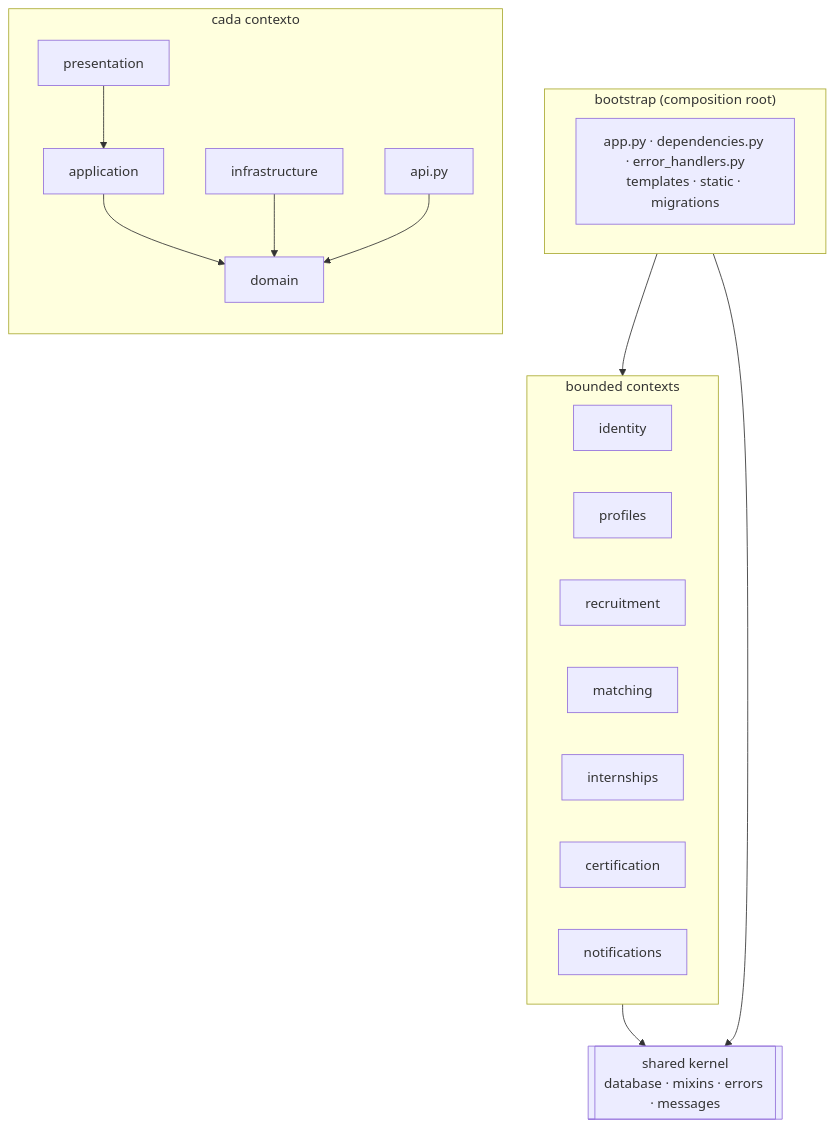
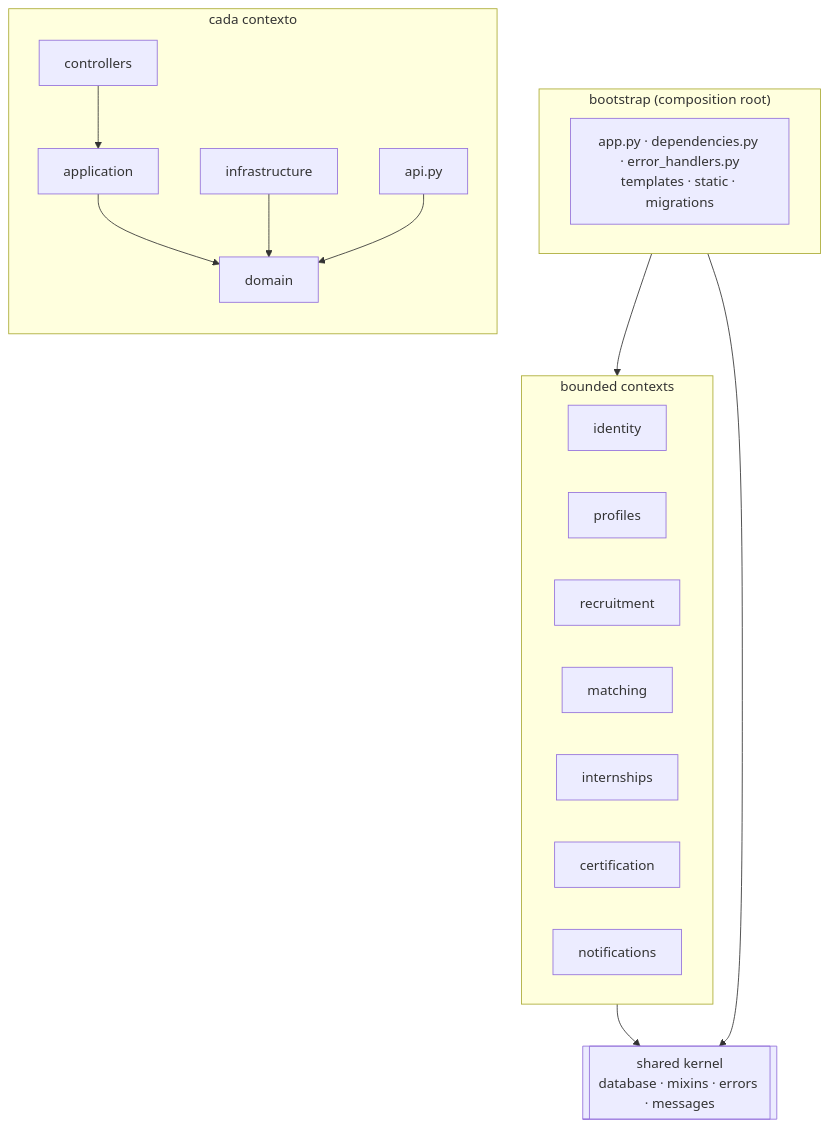
One commit to MoisesCcaso/ChambeaYa changed the first of 2 diagrams in README.md. Above: the diagram before and after it, drawn with Mermaid. The commit also changed other lines of this file and 18 other files, not shown here.

Commit message:
refactor: renombrar la capa presentation/ a controllers/ en los 7 bounded contexts

````diff
--- a/README.md
+++ b/README.md
@@ -438,27 +438,27 @@
 ```mermaid
 flowchart TB
     subgraph bootstrap["bootstrap (composition root)"]
         app["app.py · dependencies.py · error_handlers.py<br/>templates · static · migrations"]
     end
     subgraph contexts["bounded contexts"]
         direction LR
         identity["identity"]
         profiles["profiles"]
         recruitment["recruitment"]
         matching["matching"]
         internships["internships"]
         certification["certification"]
         notifications["notifications"]
     end
     subgraph ctx["cada contexto"]
         direction TB
-        presentation["presentation"] --> application["application"] --> domain["domain"]
+        controllers["controllers"] --> application["application"] --> domain["domain"]
         infrastructure["infrastructure"] --> domain
         api["api.py"] --> domain
     end
     shared[["shared kernel<br/>database · mixins · errors · messages"]]
 
     bootstrap --> contexts
     contexts --> shared
     bootstrap --> shared
 ```
````
